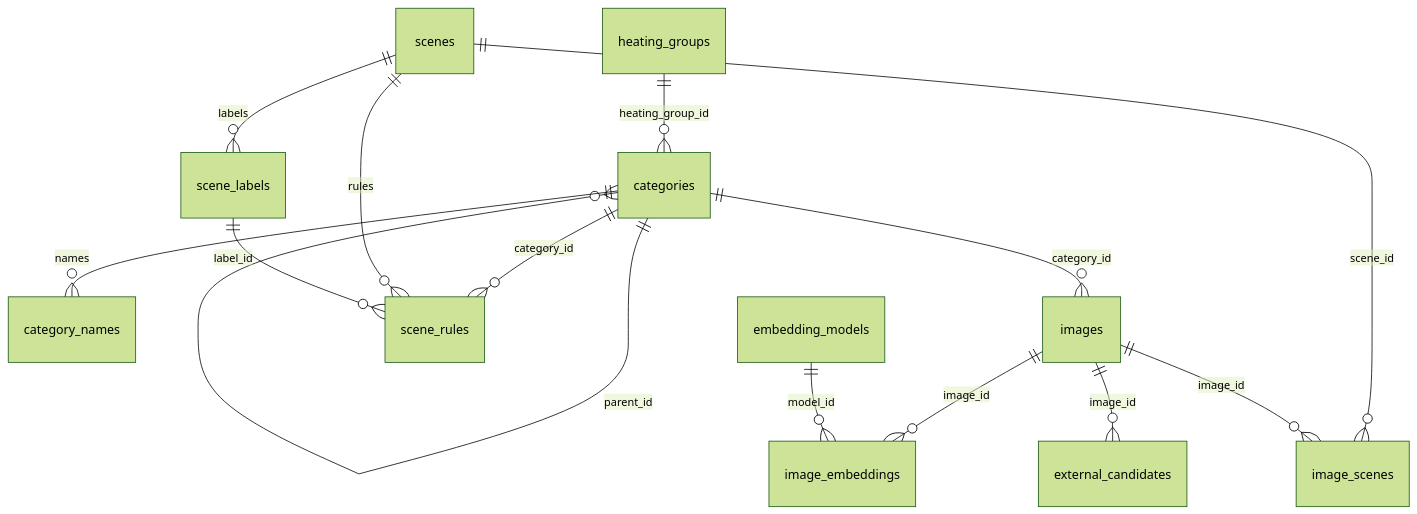
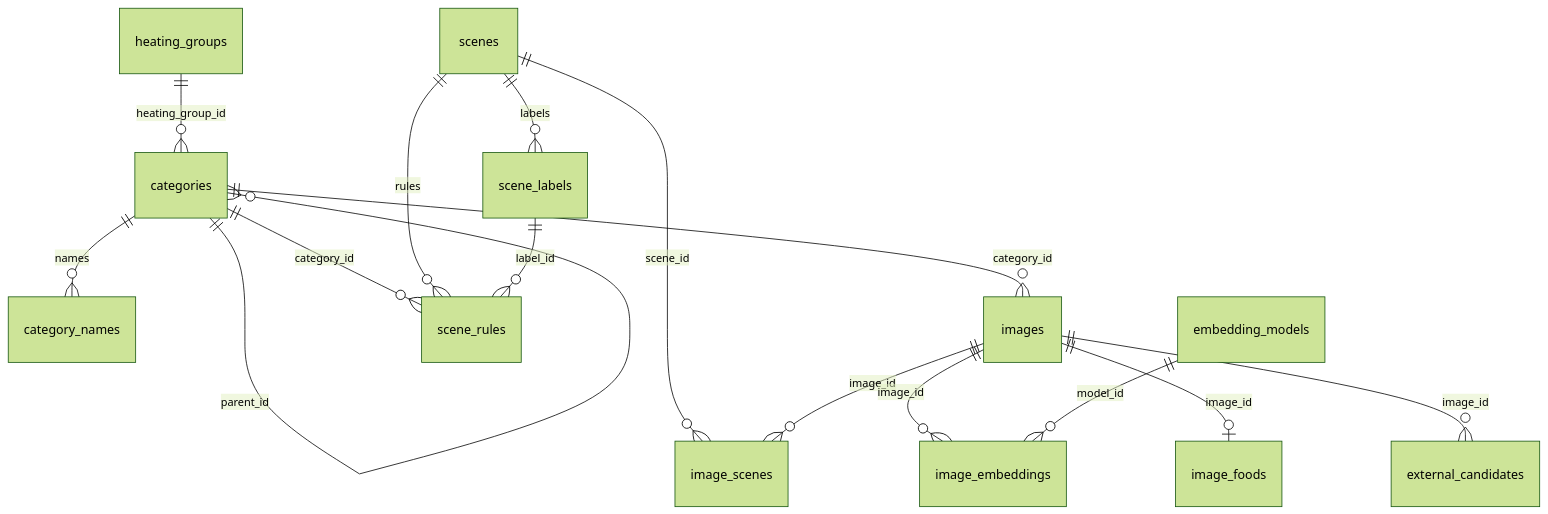
The diagram in backend/database-structure.md (wondron/Image-Embedding), drawn with Mermaid (forest theme) before and after one commit. The commit also changed other lines of this file and 24 other files, not shown here.

````diff
--- a/backend/database-structure.md
+++ b/backend/database-structure.md
@@ -28,16 +29,17 @@
 ```mermaid
 erDiagram
     heating_groups ||--o{ categories : heating_group_id
     categories ||--o{ categories : parent_id
     categories ||--o{ category_names : names
     categories ||--o{ images : category_id
     categories ||--o{ scene_rules : category_id
     scenes ||--o{ scene_labels : labels
     scenes ||--o{ scene_rules : rules
     scenes ||--o{ image_scenes : scene_id
     scene_labels ||--o{ scene_rules : label_id
     images ||--o{ image_scenes : image_id
     images ||--o{ image_embeddings : image_id
+    images ||--o| image_foods : image_id
     images ||--o{ external_candidates : image_id
     embedding_models ||--o{ image_embeddings : model_id
 ```
````
